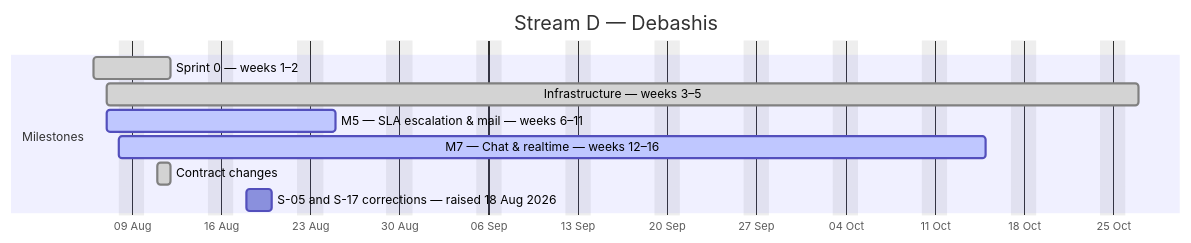
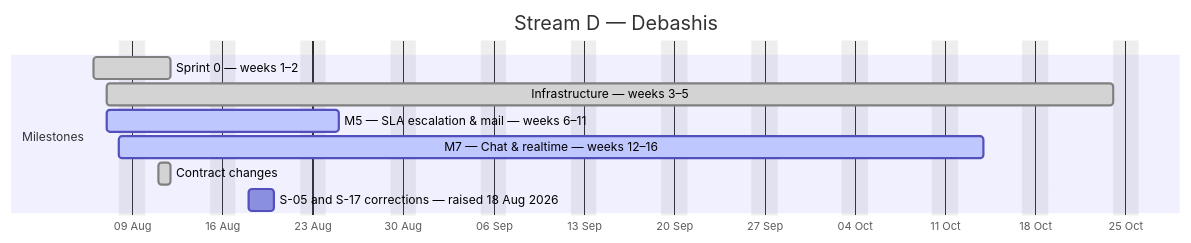
One commit to debashisedunext/EduTrack changed the fourth of 4 diagrams in docs/plan/GANTT.md. Above: the diagram before and after it, drawn with Mermaid. The commit also changed other lines of this file and 3 other files, not shown here.

````diff
--- a/docs/plan/GANTT.md
+++ b/docs/plan/GANTT.md
@@ -153,14 +152,14 @@
 ```mermaid
 gantt
     dateFormat YYYY-MM-DD
     axisFormat %d %b
     title Stream D — Debashis
     excludes weekends
     section Milestones
     Sprint 0 — weeks 1–2 :done, d0, 2026-08-06, 4d
-    Infrastructure — weeks 3–5 :done, d1, 2026-08-07, 57d
+    Infrastructure — weeks 3–5 :done, d1, 2026-08-07, 56d
     M5 — SLA  escalation & mail — weeks 6–11 :active, d2, 2026-08-07, 12d
-    M7 — Chat & realtime — weeks 12–16 :active, d3, 2026-08-08, 49d
+    M7 — Chat & realtime — weeks 12–16 :active, d3, 2026-08-08, 48d
     Contract changes :done, d4, 2026-08-11, 1d
     S-05 and S-17 corrections — raised 18 Aug 2026 :d5, 2026-08-18, 2d
 ```
````
